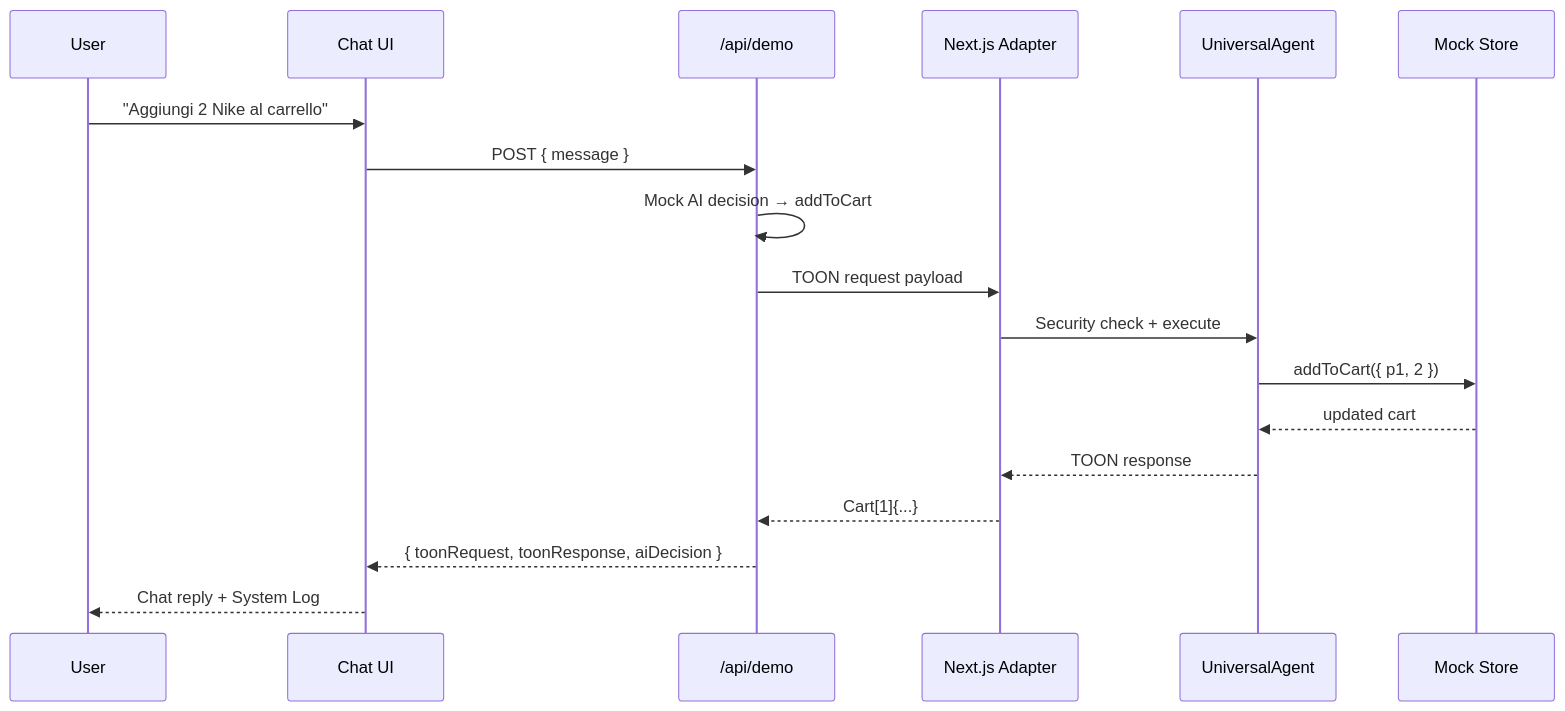
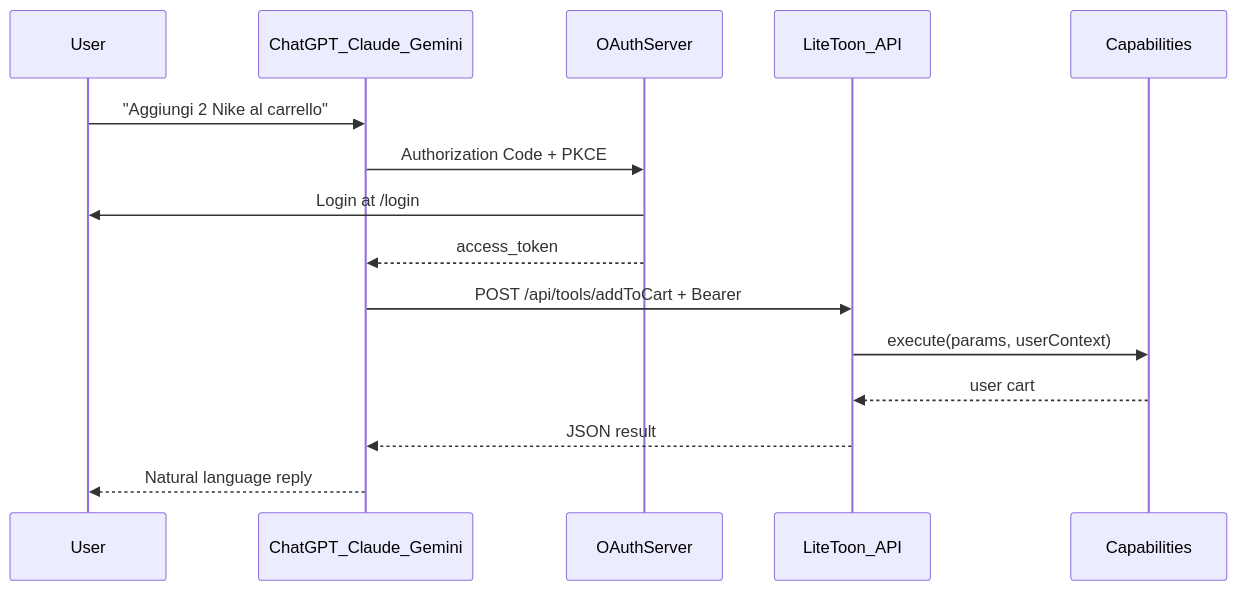
One commit to Luke-official/lite-toon changed the second of 2 diagrams in README.md. Above: the diagram before and after it, drawn with Mermaid. The commit also changed other lines of this file, not shown here.

Commit message:
docs: update README to clarify Lite-Toon’s purpose and features; enhance descriptions of AI agent integration, TOON format, and architecture for better user understanding

````diff
--- a/README.md
+++ b/README.md
@@ -382,21 +346,18 @@
 ```mermaid
 sequenceDiagram
     participant User
-    participant UI as Chat UI
-    participant Demo as /api/demo
-    participant Adapter as Next.js Adapter
-    participant Core as UniversalAgent
-    participant DB as Mock Store
+    participant AI as ChatGPT_Claude_Gemini
+    participant OAuth as OAuthServer
+    participant API as LiteToon_API
+    participant Cap as Capabilities
 
-    User->>UI: "Aggiungi 2 Nike al carrello"
-    UI->>Demo: POST { message }
-    Demo->>Demo: Mock AI decision → addToCart
-    Demo->>Adapter: TOON request payload
-    Adapter->>Core: Security check + execute
-    Core->>DB: addToCart({ p1, 2 })
-    DB-->>Core: updated cart
-    Core-->>Adapter: TOON response
-    Adapter-->>Demo: Cart[1]{...}
-    Demo-->>UI: { toonRequest, toonResponse, aiDecision }
-    UI-->>User: Chat reply + System Log
+    User->>AI: "Aggiungi 2 Nike al carrello"
+    AI->>OAuth: Authorization Code + PKCE
+    OAuth->>User: Login at /login
+    OAuth-->>AI: access_token
+    AI->>API: POST /api/tools/addToCart + Bearer
+    API->>Cap: execute(params, userContext)
+    Cap-->>API: user cart
+    API-->>AI: JSON result
+    AI-->>User: Natural language reply
 ```
````
